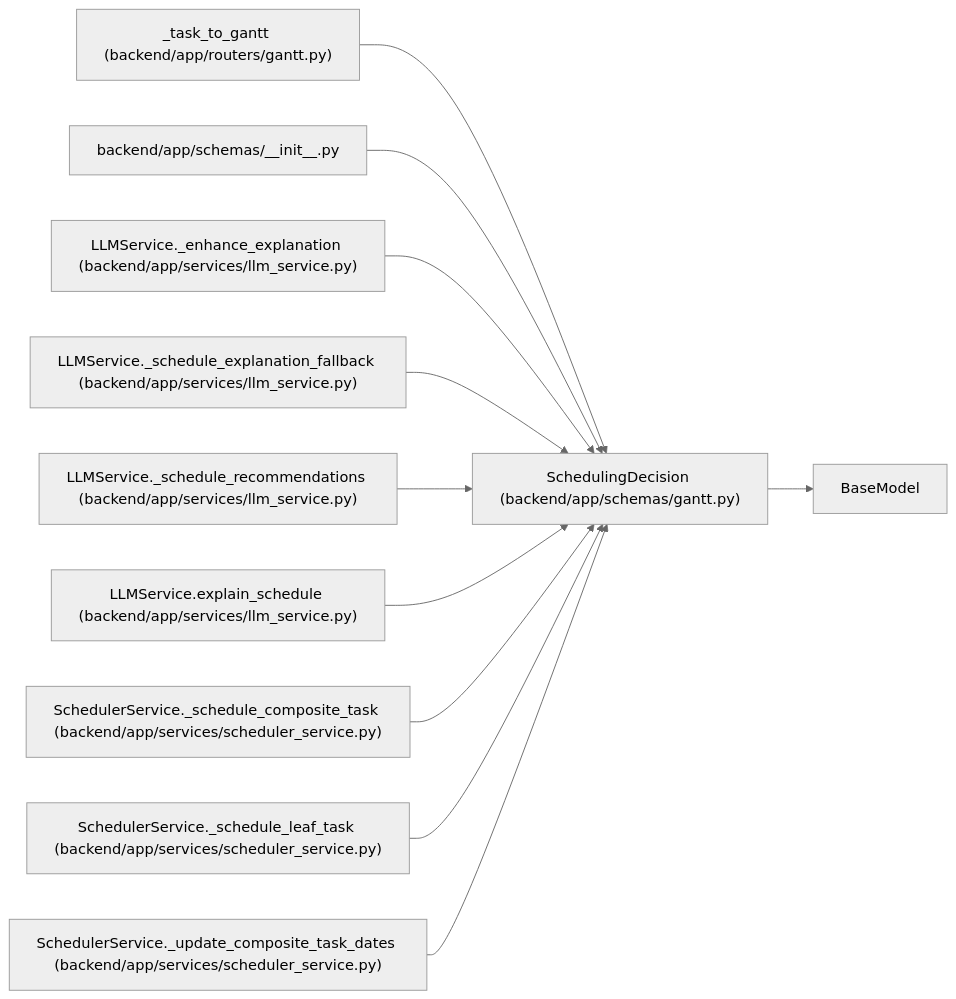
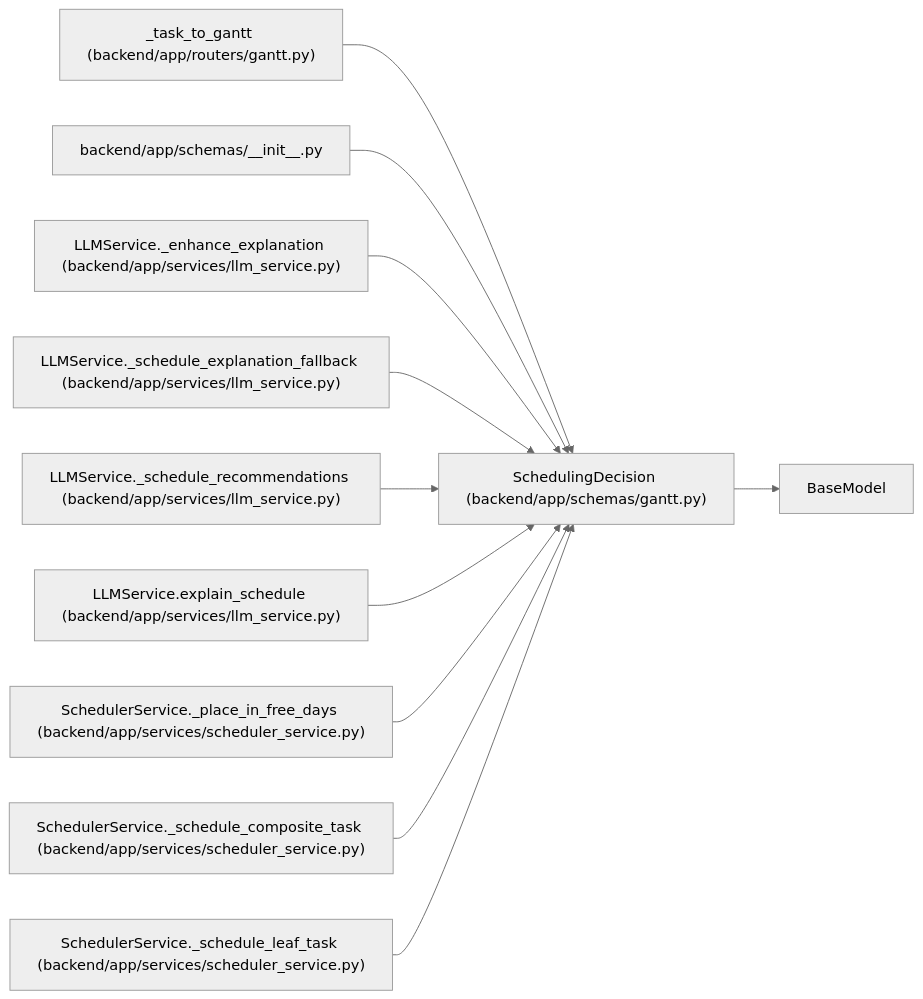
One commit to Denissvgn/WorkChord changed the diagram in docs/llm_wiki/entities/schemas_gantt_SchedulingDecision.md. Above: the diagram before and after it, drawn with Mermaid (neutral theme). The commit also changed other lines of this file and 648 other files, not shown here.

Commit message:
Sync the architectural wiki for using an assignee's free days

````diff
--- a/docs/llm_wiki/entities/schemas_gantt_SchedulingDecision.md
+++ b/docs/llm_wiki/entities/schemas_gantt_SchedulingDecision.md
@@ -29,34 +29,34 @@
 ```mermaid
 flowchart LR
     n0["SchedulingDecision (backend/app/schemas/gantt.py)"]
     n1["BaseModel"]
     n2["_task_to_gantt (backend/app/routers/gantt.py)"]
     n3["backend/app/schemas/__init__.py"]
     n4["LLMService._enhance_explanation (backend/app/services/llm_service.py)"]
     n5["LLMService._schedule_explanation_fallback (backend/app/services/llm_service.py)"]
     n6["LLMService._schedule_recommendations (backend/app/services/llm_service.py)"]
     n7["LLMService.explain_schedule (backend/app/services/llm_service.py)"]
-    n8["SchedulerService._schedule_composite_task (backend/app/services/scheduler_service.py)"]
-    n9["SchedulerService._schedule_leaf_task (backend/app/services/scheduler_service.py)"]
-    n10["SchedulerService._update_composite_task_dates (backend/app/services/scheduler_service.py)"]
+    n8["SchedulerService._place_in_free_days (backend/app/services/scheduler_service.py)"]
+    n9["SchedulerService._schedule_composite_task (backend/app/services/scheduler_service.py)"]
+    n10["SchedulerService._schedule_leaf_task (backend/app/services/scheduler_service.py)"]
     n0 --> n1
     n2 --> n0
     n3 --> n0
     n4 --> n0
     n5 --> n0
     n6 --> n0
     n7 --> n0
     n8 --> n0
     n9 --> n0
     n10 --> n0
     click n0 "../modules/schemas_gantt.md"
     click n2 "../modules/routers_gantt.md"
     click n3 "../modules/schemas___init__.md"
     click n4 "../modules/llm_service.md"
     click n5 "../modules/llm_service.md"
     click n6 "../modules/llm_service.md"
     click n7 "../modules/llm_service.md"
     click n8 "../modules/scheduler_service.md"
     click n9 "../modules/scheduler_service.md"
     click n10 "../modules/scheduler_service.md"
 ```
````
